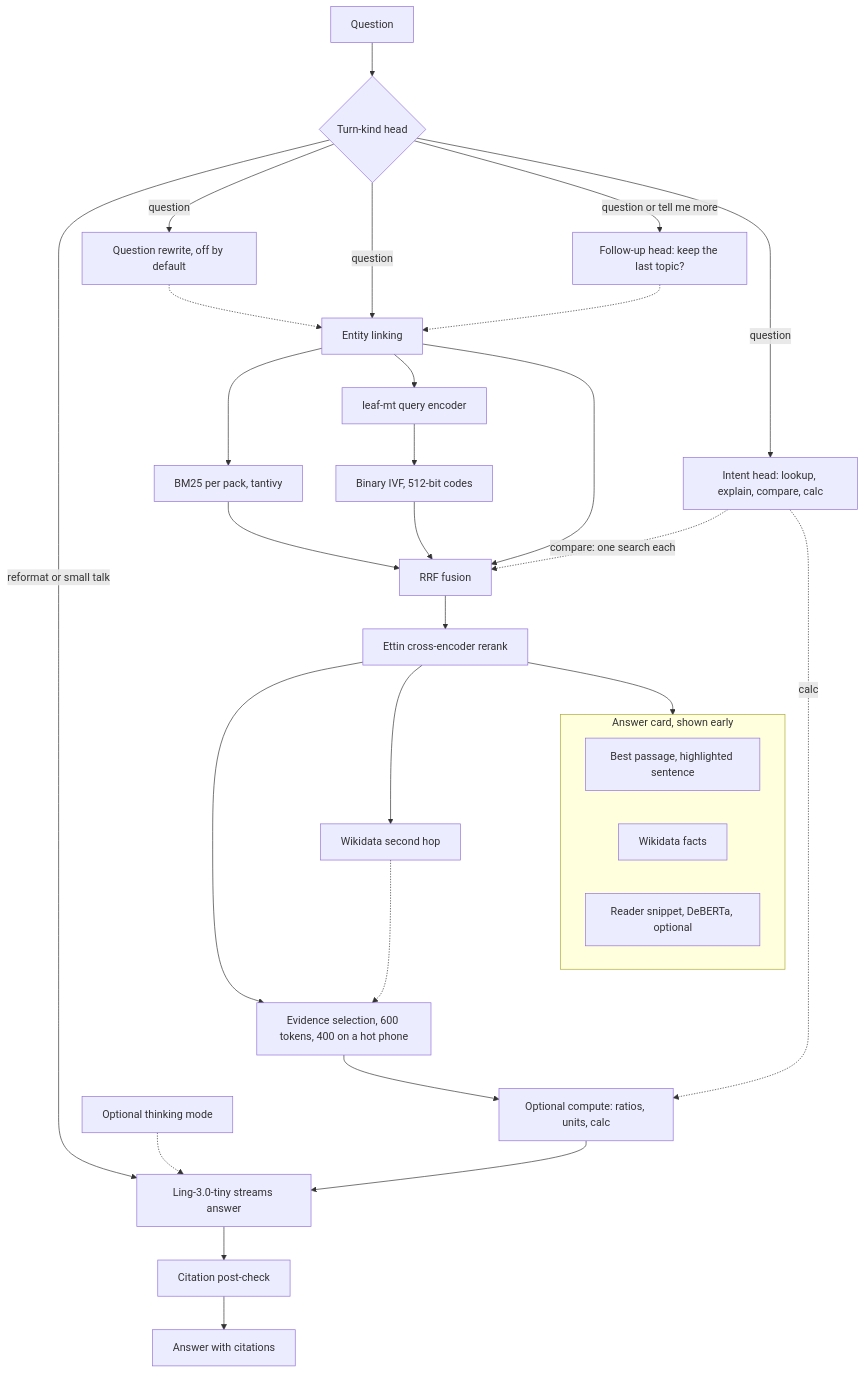
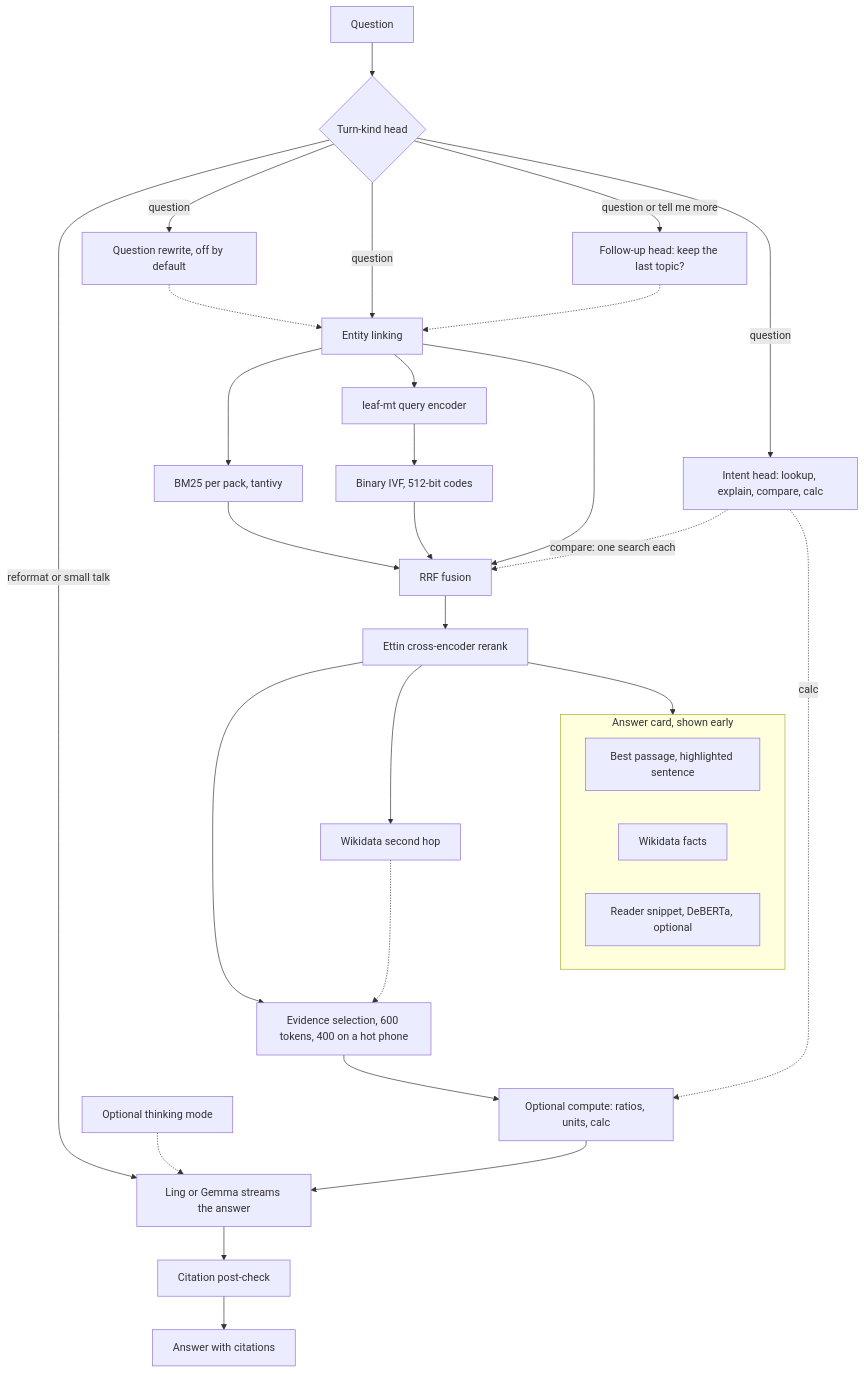
The fifth of 5 diagrams in README.md (0xPD33/commonplace), drawn with Mermaid before and after one commit. The commit also changed other lines of this file, not shown here.

First line of the commit message:
Show the Gemma fast path in the README

````diff
--- a/README.md
+++ b/README.md
@@ -199,34 +202,34 @@
 ```mermaid
 flowchart TD
   Q["Question"] --> TK{"Turn-kind head"}
   TK -->|"reformat or small talk"| GEN
   TK -->|"question"| REW["Question rewrite, off by default"]
   TK -->|"question"| ENT["Entity linking"]
   TK -->|"question or tell me more"| FU["Follow-up head: keep the last topic?"]
   FU -.-> ENT
   REW -.-> ENT
   TK -->|"question"| INT["Intent head: lookup, explain, compare, calc"]
   ENT --> BM25["BM25 per pack, tantivy"]
   ENT --> ENC["leaf-mt query encoder"]
   ENC --> IVF["Binary IVF, 512-bit codes"]
   BM25 --> RRF["RRF fusion"]
   IVF --> RRF
   ENT --> RRF
   INT -.->|"compare: one search each"| RRF
   RRF --> RR["Ettin cross-encoder rerank"]
   RR --> CARD
   subgraph CARD["Answer card, shown early"]
     P["Best passage, highlighted sentence"]
     F["Wikidata facts"]
     R["Reader snippet, DeBERTa, optional"]
   end
   RR --> EV["Evidence selection, 600 tokens, 400 on a hot phone"]
   RR --> HOP["Wikidata second hop"]
   HOP -.-> EV
   EV --> COMP["Optional compute: ratios, units, calc"]
   INT -.->|"calc"| COMP
-  COMP --> GEN["Ling-3.0-tiny streams answer"]
+  COMP --> GEN["Ling or Gemma streams the answer"]
   THINK["Optional thinking mode"] -.-> GEN
   GEN --> CHK["Citation post-check"]
   CHK --> ANS["Answer with citations"]
 ```
````
